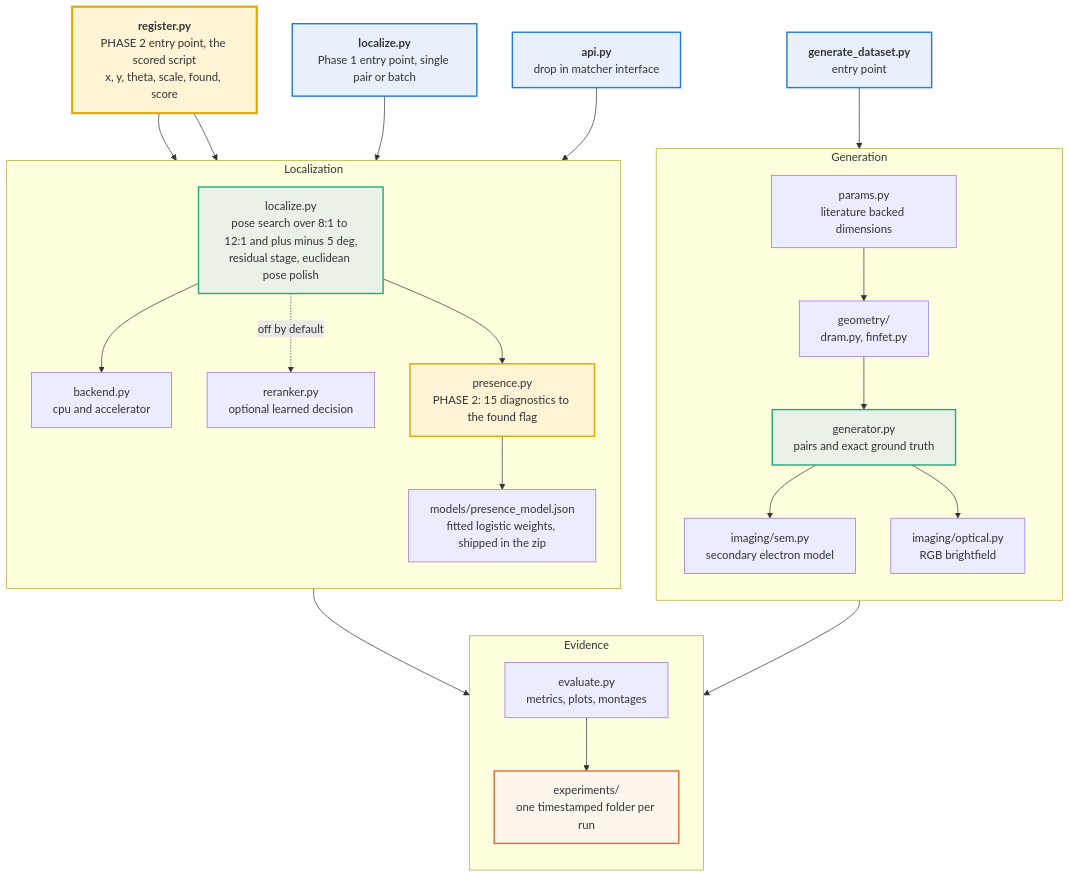
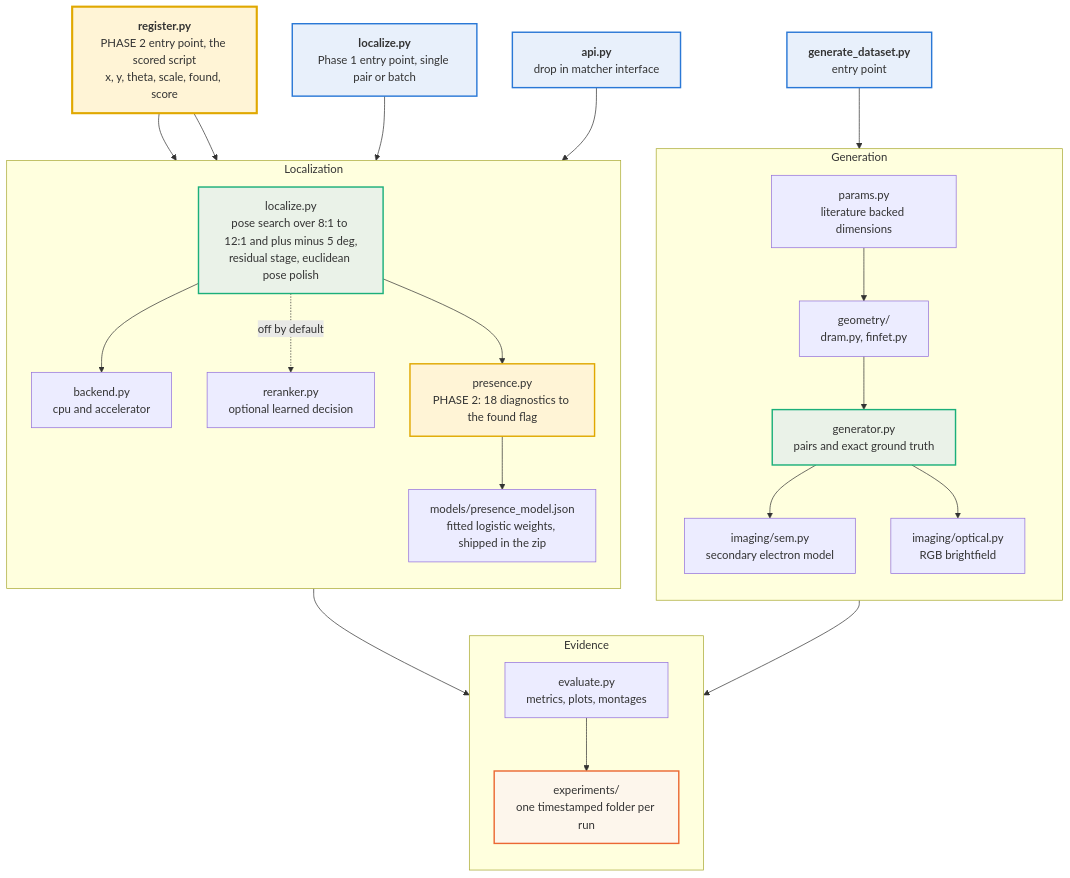
Before and after one commit to kushal-script/Atlas: the second of 2 diagrams in README.md, drawn with Mermaid. The commit also changed other lines of this file and 27 other files, not shown here.

````diff
--- a/README.md
+++ b/README.md
@@ -373,45 +379,45 @@
 ```mermaid
 flowchart TB
     R1["<b>register.py</b><br/>PHASE 2 entry point, the scored script<br/>x, y, theta, scale, found, score"]
     G1["<b>generate_dataset.py</b><br/>entry point"]
     L1["<b>localize.py</b><br/>Phase 1 entry point, single pair or batch"]
     API["<b>api.py</b><br/>drop in matcher interface"]
 
     subgraph gen["Generation"]
         direction TB
         P["params.py<br/>literature backed dimensions"] --> GEO["geometry/<br/>dram.py, finfet.py"]
         GEO --> GN["generator.py<br/>pairs and exact ground truth"]
         GN --> SEM["imaging/sem.py<br/>secondary electron model"]
         GN --> OPT["imaging/optical.py<br/>RGB brightfield"]
     end
 
     subgraph loc["Localization"]
         direction TB
         LZ["localize.py<br/>pose search over 8:1 to 12:1 and plus minus 5 deg,<br/>residual stage, euclidean pose polish"] --> BK["backend.py<br/>cpu and accelerator"]
         LZ -. "off by default" .-> RR["reranker.py<br/>optional learned decision"]
-        LZ --> PR["presence.py<br/>PHASE 2: 15 diagnostics to the found flag"]
+        LZ --> PR["presence.py<br/>PHASE 2: 18 diagnostics to the found flag"]
         PR --> MW["models/presence_model.json<br/>fitted logistic weights, shipped in the zip"]
     end
 
     subgraph ev["Evidence"]
         direction TB
         EV["evaluate.py<br/>metrics, plots, montages"] --> EX["experiments/<br/>one timestamped folder per run"]
     end
 
     G1 --> P
     R1 --> LZ
     R1 --> PR
     L1 --> LZ
     API --> LZ
     GN --> EV
     LZ --> EV
 
     style R1 fill:#fff4d6,stroke:#E0A800,stroke-width:3px
     style PR fill:#fff4d6,stroke:#E0A800,stroke-width:2px
     style G1 fill:#e8f0fb,stroke:#2A78D6,stroke-width:2px
     style L1 fill:#e8f0fb,stroke:#2A78D6,stroke-width:2px
     style API fill:#e8f0fb,stroke:#2A78D6,stroke-width:2px
     style GN fill:#eaf2e8,stroke:#1BAF7A,stroke-width:2px
     style LZ fill:#eaf2e8,stroke:#1BAF7A,stroke-width:2px
     style EX fill:#fdf6ec,stroke:#EB6834,stroke-width:2px
 ```
````
